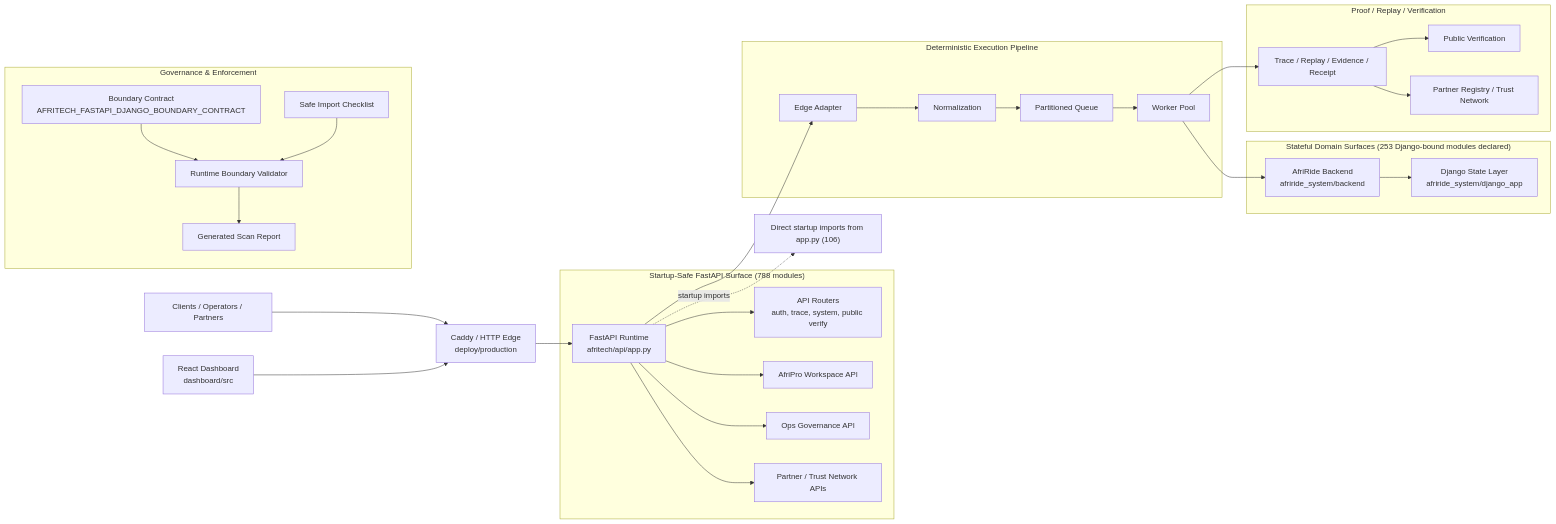
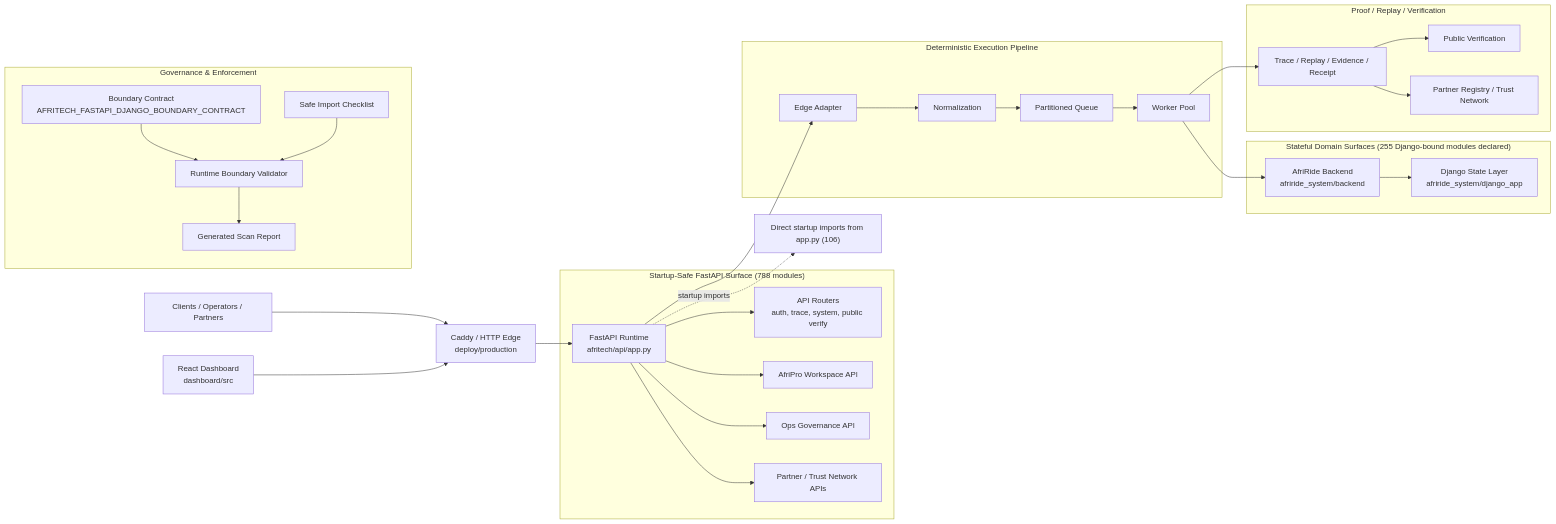
One commit to Strelly2023/afritelematics changed the first of 2 diagrams in docs/architecture/AFRITECH_FULL_ARCHITECTURE_GRAPH.md. Above: the diagram before and after it, drawn with Mermaid. The commit also changed other lines of this file and 11 other files, not shown here.

````diff
--- a/docs/architecture/AFRITECH_FULL_ARCHITECTURE_GRAPH.md
+++ b/docs/architecture/AFRITECH_FULL_ARCHITECTURE_GRAPH.md
@@ -22,39 +22,39 @@
 ```mermaid
 flowchart LR
     Client["Clients / Operators / Partners"] --> Edge["Caddy / HTTP Edge\ndeploy/production"]
     Dashboard["React Dashboard\ndashboard/src"] --> Edge
     Edge --> App["FastAPI Runtime\nafritech/api/app.py"]
 
     subgraph FastAPI["Startup-Safe FastAPI Surface (788 modules)"]
         App --> Api["API Routers\nauth, trace, system, public verify"]
         App --> Workspace["AfriPro Workspace API"]
         App --> Governance["Ops Governance API"]
         App --> Trust["Partner / Trust Network APIs"]
     end
 
     subgraph Pipeline["Deterministic Execution Pipeline"]
         App --> Adapt["Edge Adapter"]
         Adapt --> Normalize["Normalization"]
         Normalize --> Queue["Partitioned Queue"]
         Queue --> Worker["Worker Pool"]
     end
 
-    subgraph State["Stateful Domain Surfaces (253 Django-bound modules declared)"]
+    subgraph State["Stateful Domain Surfaces (255 Django-bound modules declared)"]
         Worker --> Domain["AfriRide Backend\nafriride_system/backend"]
         Domain --> Django["Django State Layer\nafriride_system/django_app"]
     end
 
     subgraph Proof["Proof / Replay / Verification"]
         Worker --> Trace["Trace / Replay / Evidence / Receipt"]
         Trace --> Public["Public Verification"]
         Trace --> Registry["Partner Registry / Trust Network"]
     end
 
     subgraph GovernancePlane["Governance & Enforcement"]
         Contract["Boundary Contract\nAFRITECH_FASTAPI_DJANGO_BOUNDARY_CONTRACT"] --> Validator["Runtime Boundary Validator"]
         Checklist["Safe Import Checklist"] --> Validator
         Validator --> Review["Generated Scan Report"]
     end
 
     App -. startup imports .-> Imports["Direct startup imports from app.py (106)"]
 ```
````
